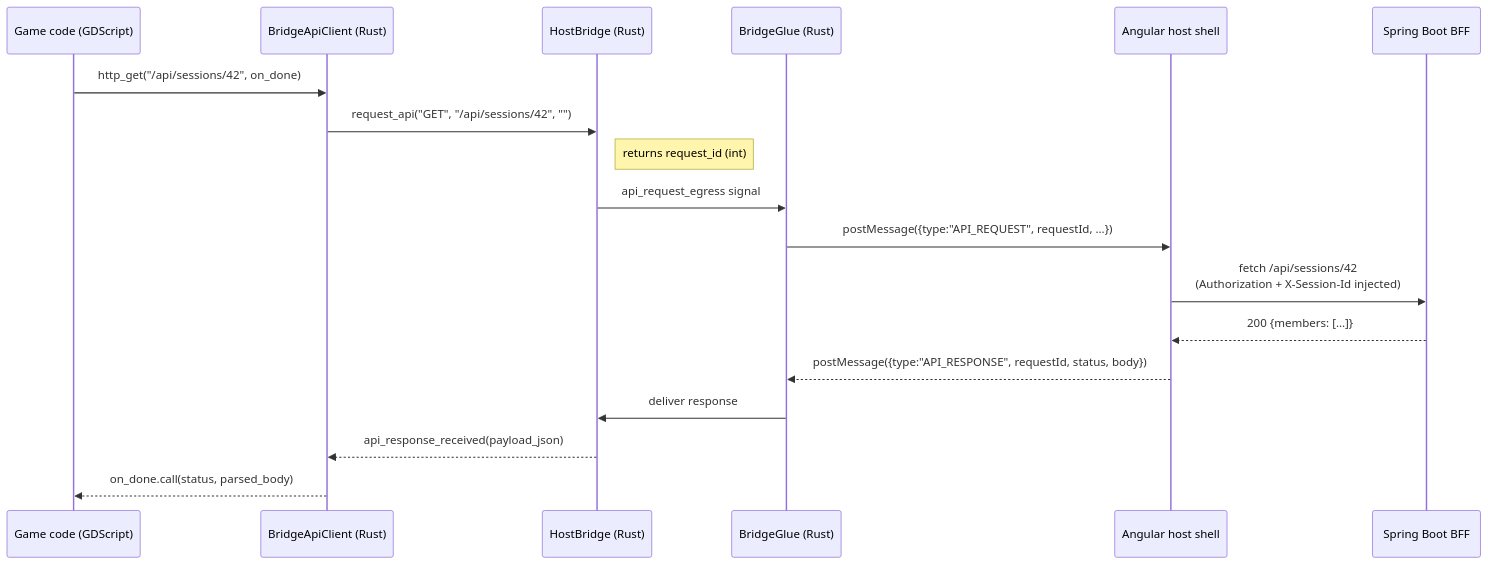
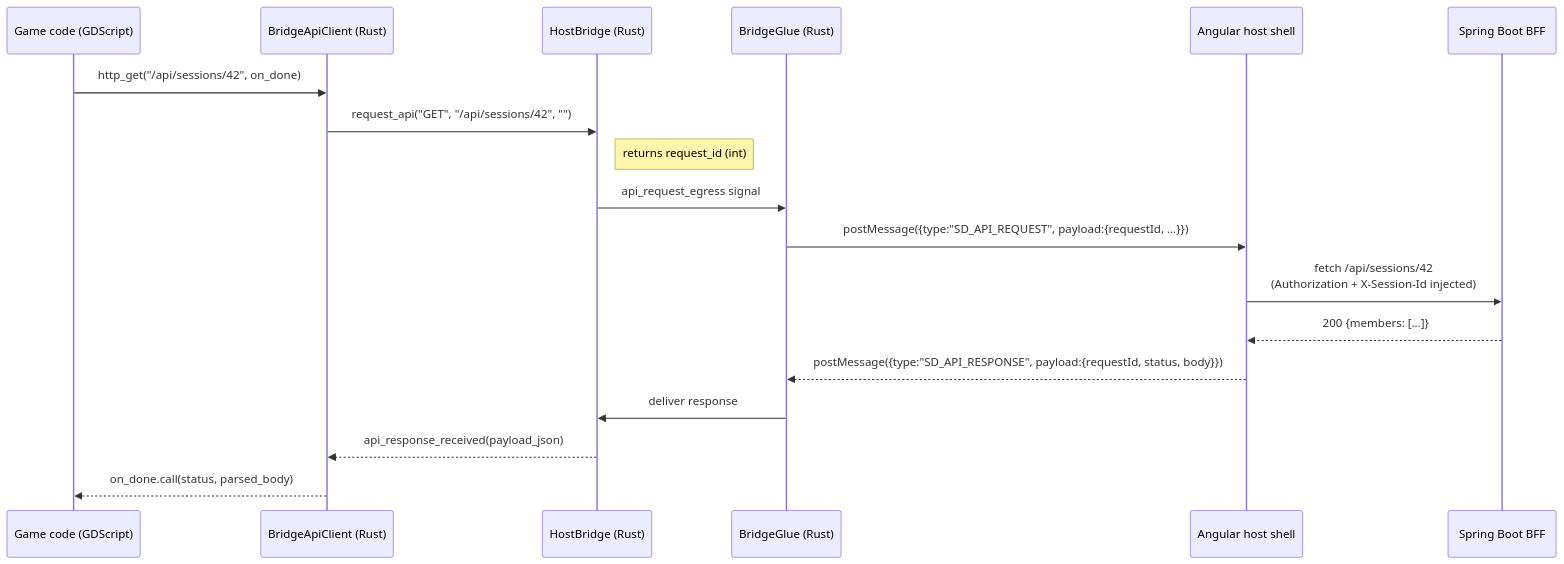
The diagram in content/games/hugmesh-bridge-addon.md (hugmesh/hugmesh.github.io), drawn with Mermaid before and after one commit. The commit also changed other lines of this file and 93 other files, not shown here.

````diff
--- a/content/games/hugmesh-bridge-addon.md
+++ b/content/games/hugmesh-bridge-addon.md
@@ -59,21 +57,21 @@
 ```mermaid
 sequenceDiagram
     participant Game as Game code (GDScript)
     participant BAC as BridgeApiClient (Rust)
     participant HB as HostBridge (Rust)
     participant BG as BridgeGlue (Rust)
     participant Shell as Angular host shell
     participant BFF as Spring Boot BFF
 
     Game->>BAC: http_get("/api/sessions/42", on_done)
     BAC->>HB: request_api("GET", "/api/sessions/42", "")
     Note right of HB: returns request_id (int)
     HB->>BG: api_request_egress signal
-    BG->>Shell: postMessage({type:"API_REQUEST", requestId, …})
+    BG->>Shell: postMessage({type:"SD_API_REQUEST", payload:{requestId, …}})
     Shell->>BFF: fetch /api/sessions/42<br/>(Authorization + X-Session-Id injected)
     BFF-->>Shell: 200 {members: […]}
-    Shell-->>BG: postMessage({type:"API_RESPONSE", requestId, status, body})
+    Shell-->>BG: postMessage({type:"SD_API_RESPONSE", payload:{requestId, status, body}})
     BG->>HB: deliver response
     HB-->>BAC: api_response_received(payload_json)
     BAC-->>Game: on_done.call(status, parsed_body)
 ```
````
